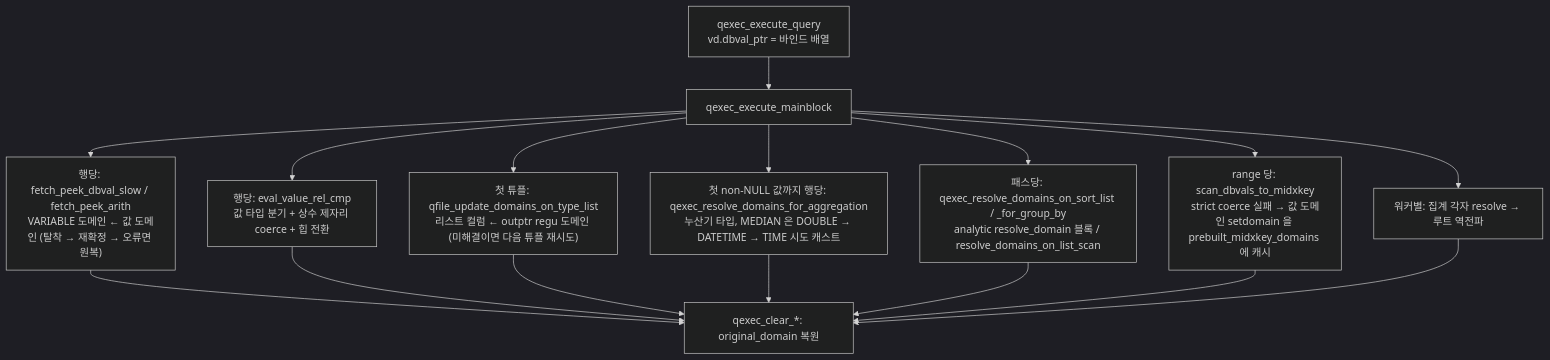
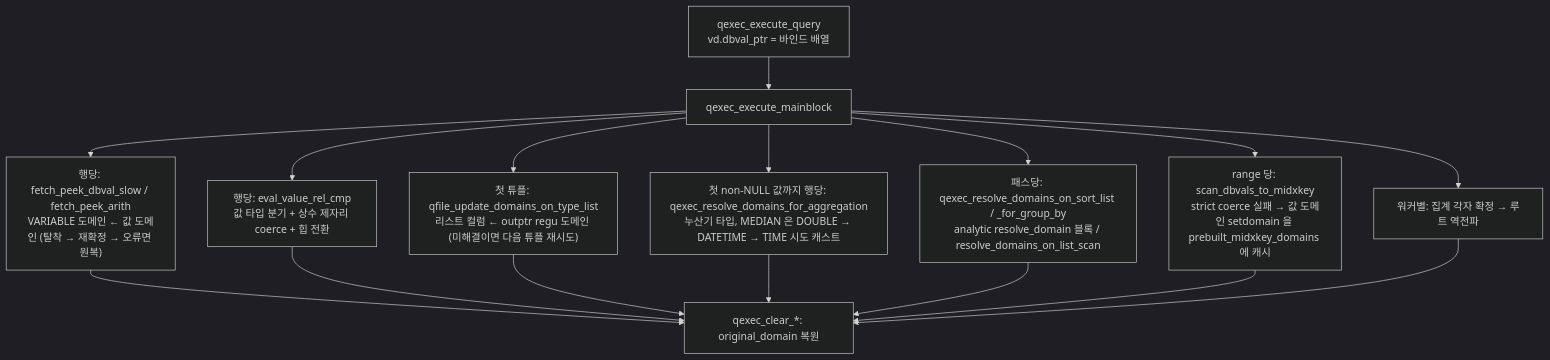
The seventh of 20 diagrams in docs/research/pr8022-architecture-diagrams.md (xmilex-git/workspace), drawn with Mermaid (dark theme) before and after one commit. The commit also changed other lines of this file, not shown here.

First line of the commit message:
docs: PR 8022 diagrams in the CONTEXT.md vocabulary

````diff
--- a/docs/research/pr8022-architecture-diagrams.md
+++ b/docs/research/pr8022-architecture-diagrams.md
@@ -195,12 +195,12 @@
 ```mermaid
 flowchart TB
   Q["qexec_execute_query<br/>vd.dbval_ptr = 바인드 배열"] --> M["qexec_execute_mainblock"]
   M --> F["행당: fetch_peek_dbval_slow / fetch_peek_arith<br/>VARIABLE 도메인 ← 값 도메인 (탈착 → 재확정 → 오류면 원복)"]
   M --> CMP["행당: eval_value_rel_cmp<br/>값 타입 분기 + 상수 제자리 coerce + 힙 전환"]
   M --> LF["첫 튜플: qfile_update_domains_on_type_list<br/>리스트 컬럼 ← outptr regu 도메인 (미해결이면 다음 튜플 재시도)"]
   M --> AGG["첫 non-NULL 값까지 행당: qexec_resolve_domains_for_aggregation<br/>누산기 타입, MEDIAN 은 DOUBLE → DATETIME → TIME 시도 캐스트"]
   M --> PASS["패스당: qexec_resolve_domains_on_sort_list / _for_group_by<br/>analytic resolve_domain 블록 / resolve_domains_on_list_scan"]
   M --> KEY["range 당: scan_dbvals_to_midxkey<br/>strict coerce 실패 → 값 도메인 setdomain 을 prebuilt_midxkey_domains 에 캐시"]
-  M --> PXW["워커별: 집계 각자 resolve → 루트 역전파"]
+  M --> PXW["워커별: 집계 각자 확정 → 루트 역전파"]
   F & CMP & LF & AGG & PASS & KEY & PXW --> END["qexec_clear_*: original_domain 복원"]
 ```
````
